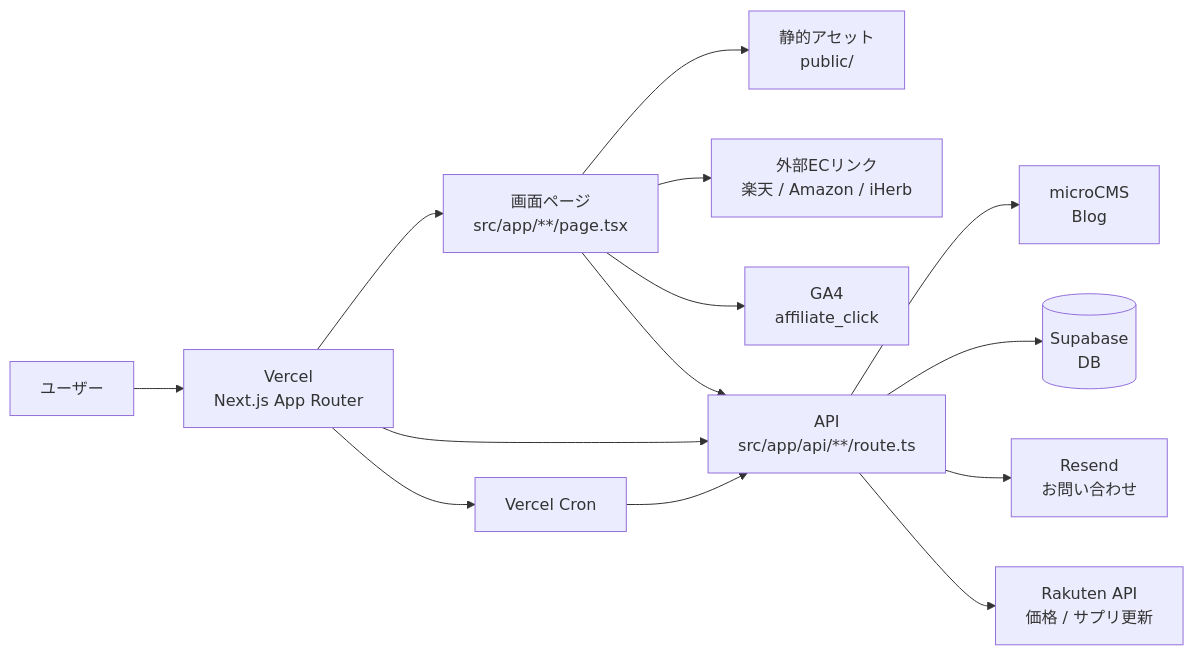
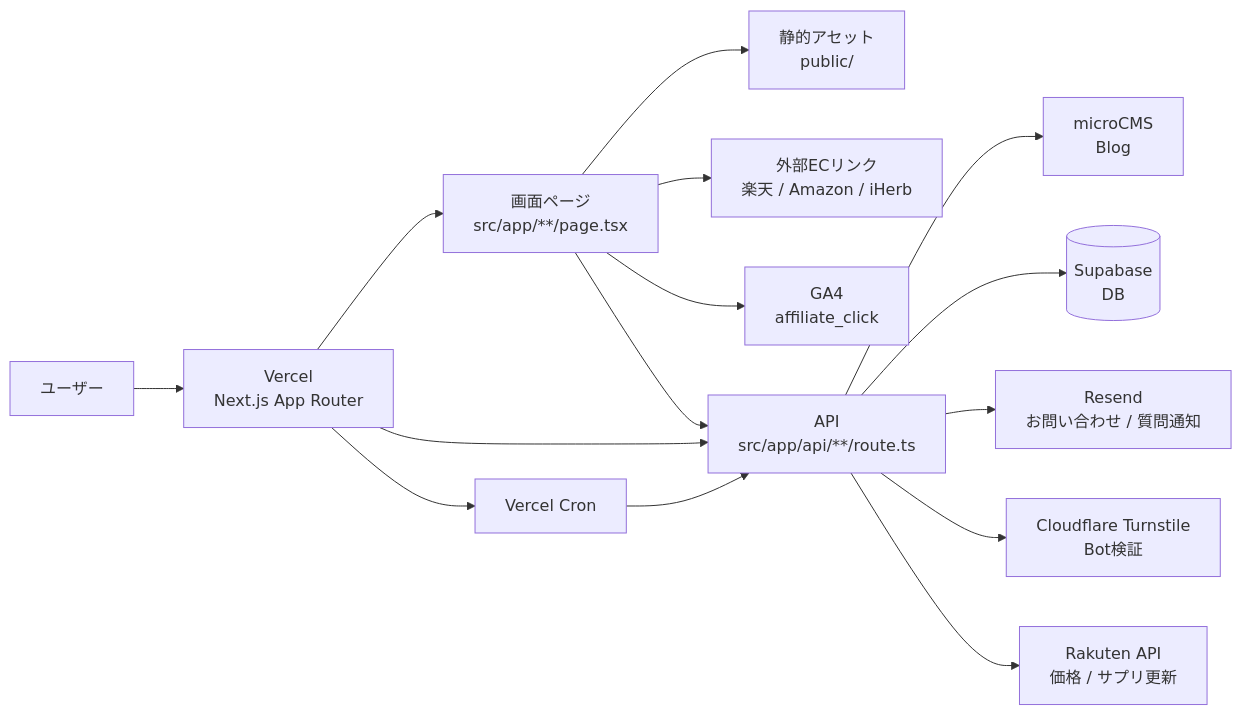
Before and after one commit to nariti12/macho-website: the first of 8 diagrams in macho-website/docs/site-architecture-mermaid.md, drawn with Mermaid. The commit also changed other lines of this file and 14 other files, not shown here.

````diff
--- a/macho-website/docs/site-architecture-mermaid.md
+++ b/macho-website/docs/site-architecture-mermaid.md
@@ -9,20 +9,21 @@
 ```mermaid
 flowchart LR
   user[ユーザー] --> vercel[Vercel<br/>Next.js App Router]
 
   vercel --> pages[画面ページ<br/>src/app/**/page.tsx]
   vercel --> api[API<br/>src/app/api/**/route.ts]
   vercel --> cron[Vercel Cron]
 
   pages --> assets[静的アセット<br/>public/]
   pages --> affiliate[外部ECリンク<br/>楽天 / Amazon / iHerb]
   pages --> analytics[GA4<br/>affiliate_click]
   pages --> api
 
   api --> microcms[microCMS<br/>Blog]
   api --> supabase[(Supabase<br/>DB)]
-  api --> resend[Resend<br/>お問い合わせ]
+  api --> resend[Resend<br/>お問い合わせ / 質問通知]
+  api --> turnstile[Cloudflare Turnstile<br/>Bot検証]
   api --> rakuten[Rakuten API<br/>価格 / サプリ更新]
 
   cron --> api
 ```
````
